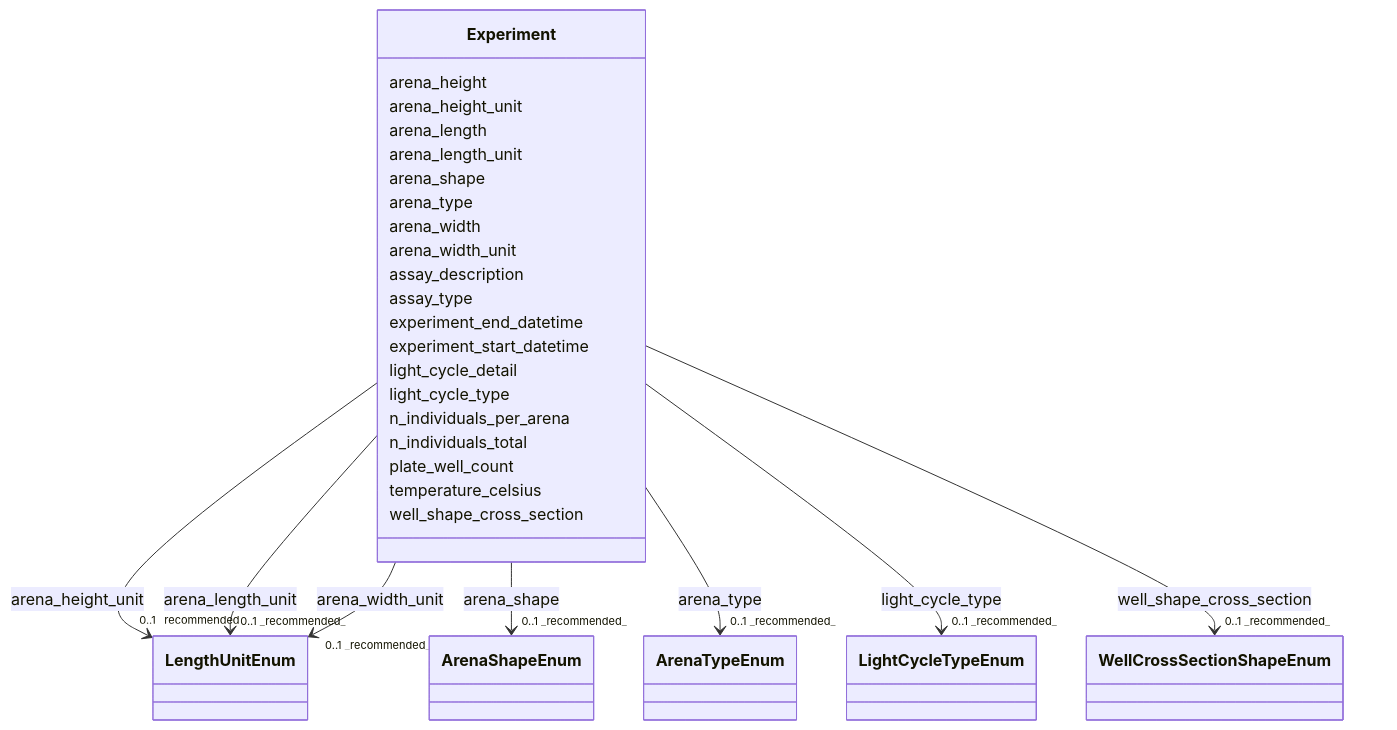
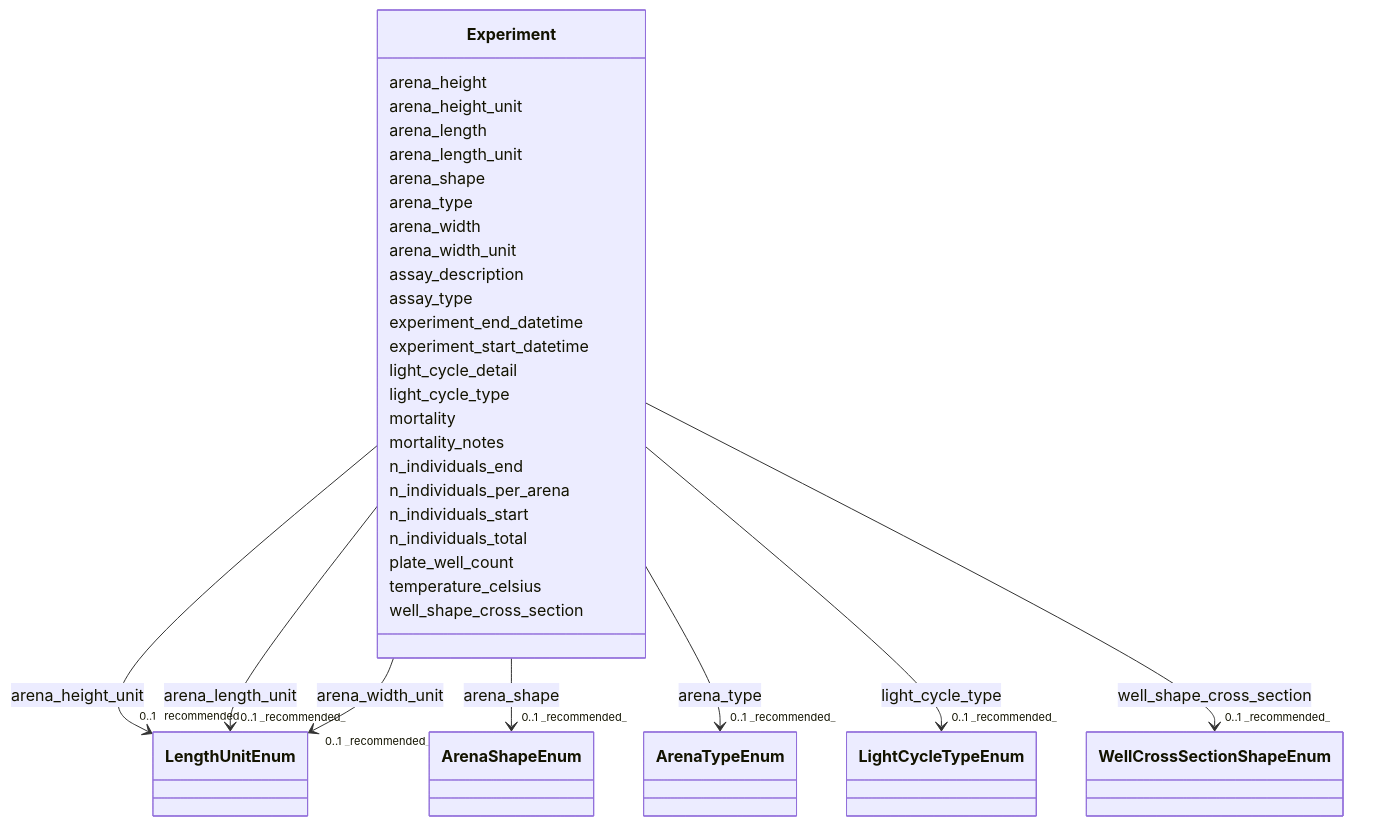
The diagram in docs/Experiment.md (Helmholtz-UFZ/BeStMeta), drawn with Mermaid before and after one commit. The commit also changed other lines of this file and 30 other files, not shown here.

```diff
--- a/docs/Experiment.md
+++ b/docs/Experiment.md
@@ -106,7 +106,15 @@
     
 
         
+      Experiment : mortality
+        
+      Experiment : mortality_notes
+        
+      Experiment : n_individuals_end
+        
       Experiment : n_individuals_per_arena
+        
+      Experiment : n_individuals_start
         
       Experiment : n_individuals_total
         
```
